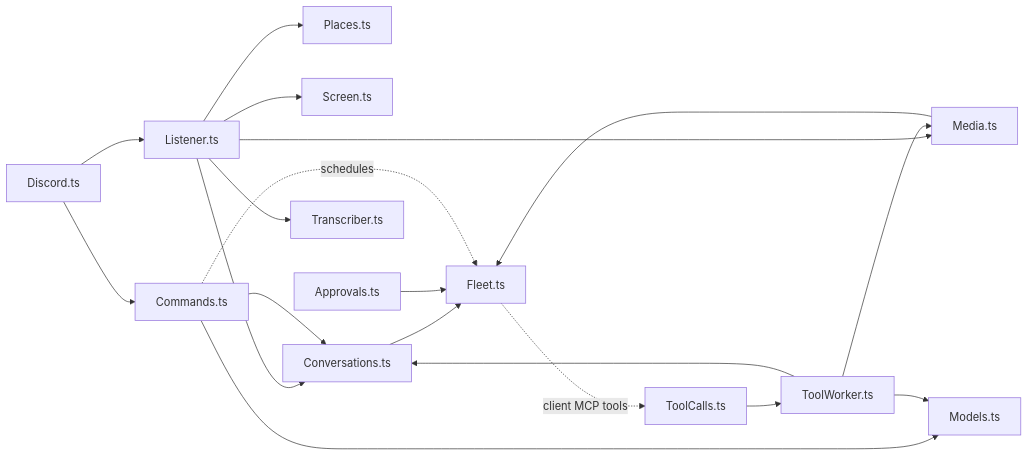
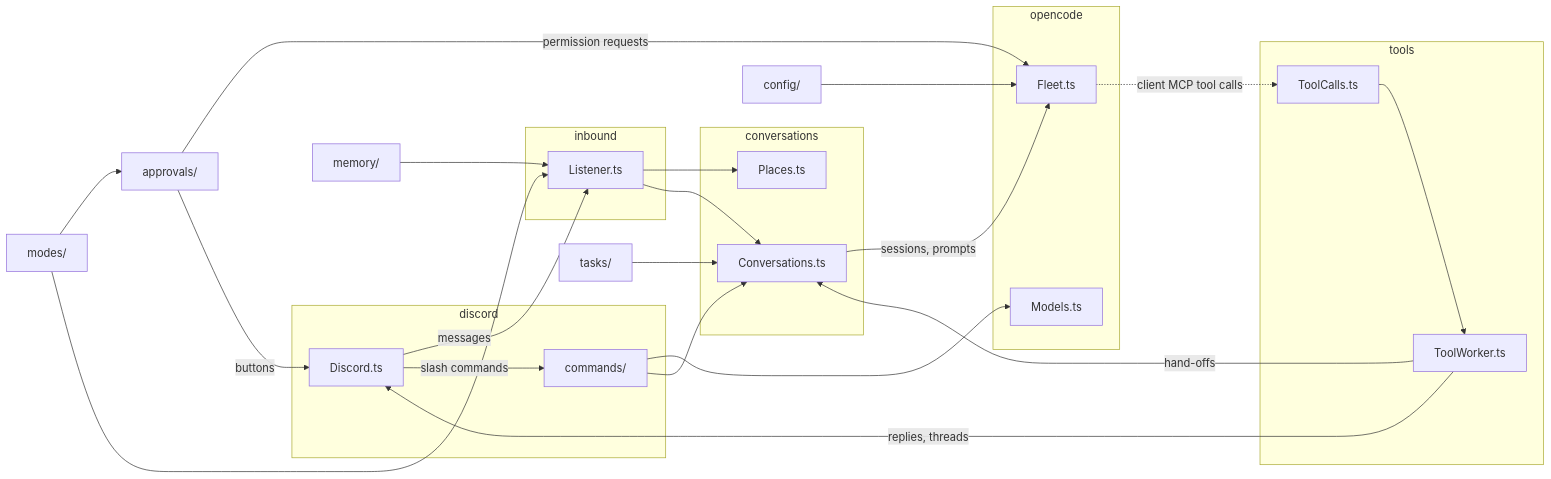
The diagram in AGENTS.md (heditwo/wendell), drawn with Mermaid before and after one commit. The commit also changed other lines of this file and 1 other file, not shown here.

Commit message:
docs: describe the folder structure and where to find things

````diff
--- a/AGENTS.md
+++ b/AGENTS.md
@@ -34,21 +36,40 @@
 ```mermaid
 flowchart LR
-  D[Discord.ts] --> L[Listener.ts]
-  L --> P[Places.ts]
-  L --> S[Screen.ts]
-  L --> C[Conversations.ts]
-  C --> F[Fleet.ts]
-  F -. client MCP tools .-> T[ToolCalls.ts]
-  T --> W[ToolWorker.ts]
-  W --> C
-  A[Approvals.ts] --> F
-  D --> K[Commands.ts]
-  K --> M[Models.ts]
+  subgraph discord
+    D[Discord.ts]
+    K[commands/]
+  end
+  subgraph inbound
+    L[Listener.ts]
+  end
+  subgraph conversations
+    C[Conversations.ts]
+    P[Places.ts]
+  end
+  subgraph opencode
+    F[Fleet.ts]
+    M[Models.ts]
+  end
+  subgraph tools
+    T[ToolCalls.ts]
+    W[ToolWorker.ts]
+  end
+  D -- messages --> L
+  L --> P
+  L --> C
+  C -- sessions, prompts --> F
+  F -. client MCP tool calls .-> T
+  T --> W
+  W -- replies, threads --> D
+  W -- hand-offs --> C
+  D -- slash commands --> K
+  K --> M
   K --> C
-  W --> M
-  L --> MD[Media.ts]
-  L --> TR[Transcriber.ts]
-  W --> MD
-  MD --> F
-  K -. schedules .-> F
+  A[approvals/] -- permission requests --> F
+  A -- buttons --> D
+  MEM[memory/] --> L
+  TA[tasks/] --> C
+  MO[modes/] --> A
+  MO --> L
+  CFG[config/] --> F
 ```
````
